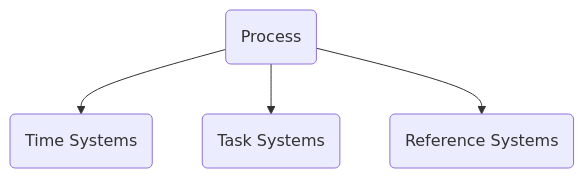
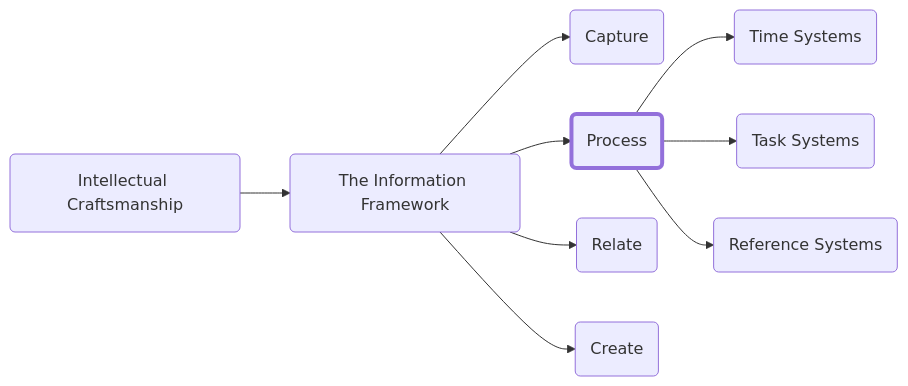
One commit to forrestpitz/forrestpitz.github.io changed the second of 2 diagrams in _posts/2023-01-05-process.md. Above: the diagram before and after it, drawn with Mermaid. The commit also changed other lines of this file and 20 other files, not shown here.

````diff
--- a/_posts/2023-01-05-process.md
+++ b/_posts/2023-01-05-process.md
@@ -53,10 +42,22 @@
 ```mermaid
-graph TD;
-  A(Process)-->B(Time Systems)
-  A-->C(Task Systems)
-  A-->D(Reference Systems)
+graph LR;
+  A(Intellectual Craftsmanship)-->B(The Information Framework)
+  B-->C(Capture)
+  B-->G(Process)
+  G-->D(Time Systems)
+  G-->E(Task Systems)
+  G-->F(Reference Systems)
+  B-->H(Relate)
+  B-->I(Create)
 
-  click B "{% post_url 2023-01-05-timesystems %}"
-  click C "{% post_url 2023-01-05-tasksystems %}"
-  click D "{% post_url 2023-01-05-referencesystems %}"
+  style G stroke-width:4px
+
+  click A "{% post_url 2023-01-05-intro %}"
+  click B "{% post_url 2023-01-05-info-framework %}"
+  click C "{% post_url 2023-01-05-capture %}"
+  click D "{% post_url 2023-01-05-timesystems %}"
+  click E "{% post_url 2023-01-05-tasksystems %}"
+  click F "{% post_url 2023-01-05-referencesystems %}"
+  click H "{% post_url 2023-01-05-relate %}"
+  click I "{% post_url 2023-01-05-create %}"
 ```
````
